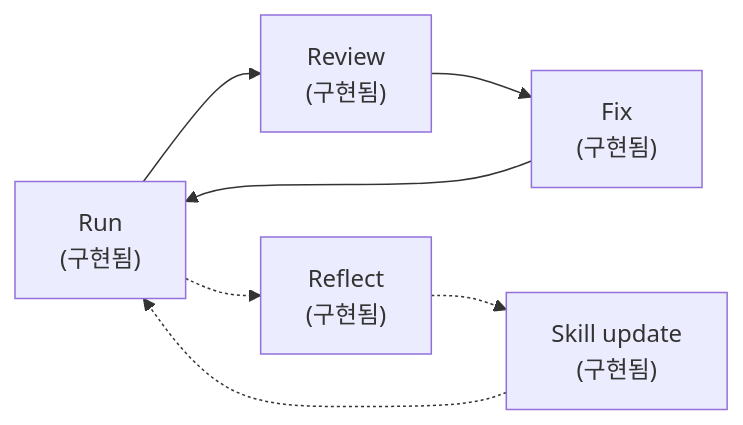
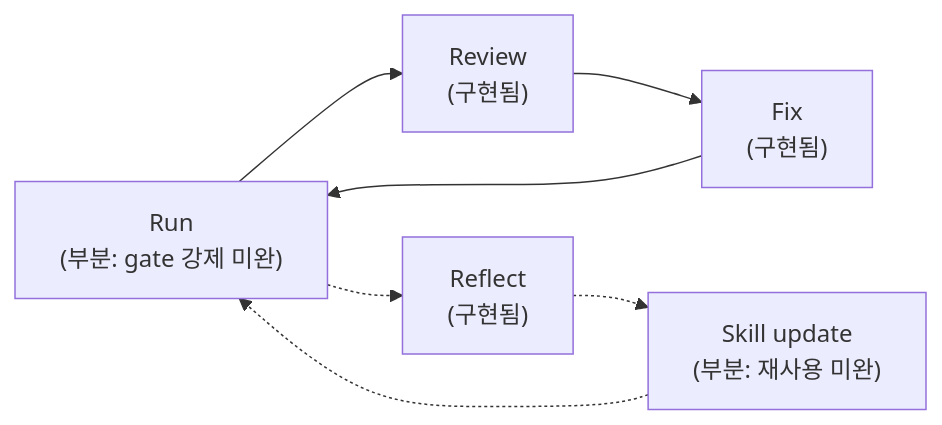
One commit to bumstone/Causality changed the third of 4 diagrams in README.ko.md. Above: the diagram before and after it, drawn with Mermaid. The commit also changed other lines of this file and 5 other files, not shown here.

````diff
--- a/README.ko.md
+++ b/README.ko.md
@@ -141,9 +142,9 @@
 ```mermaid
 flowchart LR
-    RUN["Run<br/>(구현됨)"] --> REVIEW["Review<br/>(구현됨)"]
+    RUN["Run<br/>(부분: gate 강제 미완)"] --> REVIEW["Review<br/>(구현됨)"]
     REVIEW --> FIX["Fix<br/>(구현됨)"]
     FIX --> RUN
     RUN -.-> REFLECT["Reflect<br/>(구현됨)"]
-    REFLECT -.-> SKILL["Skill update<br/>(구현됨)"]
+    REFLECT -.-> SKILL["Skill update<br/>(부분: 재사용 미완)"]
     SKILL -.-> RUN
 ```
````
